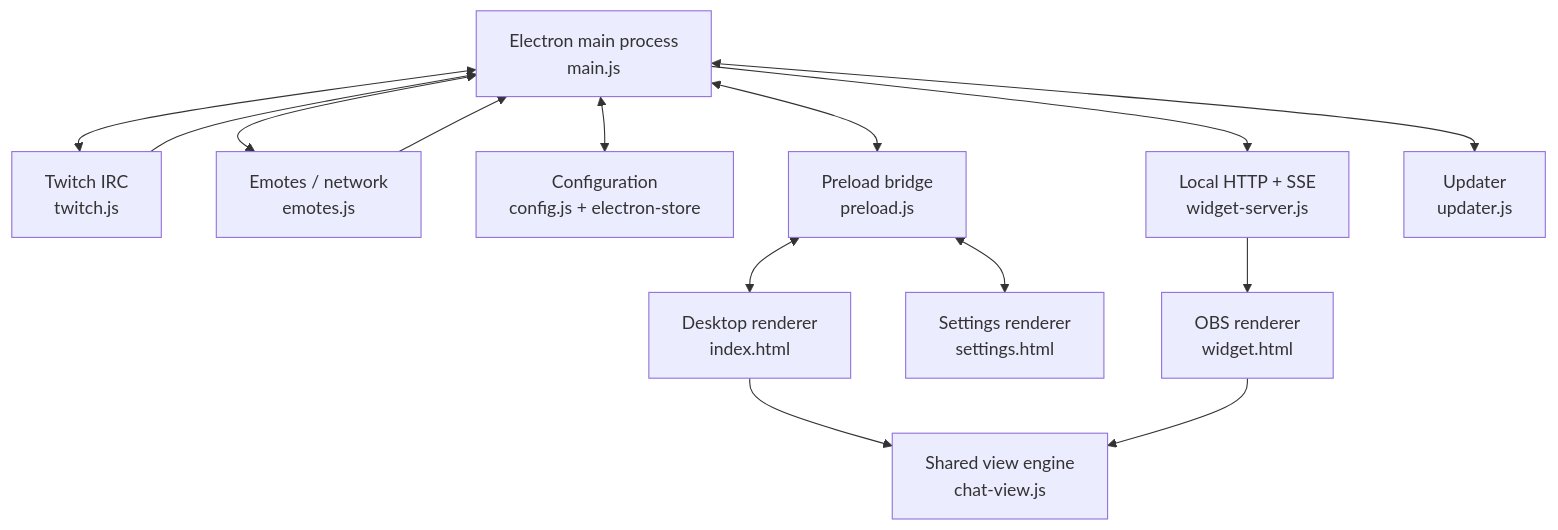
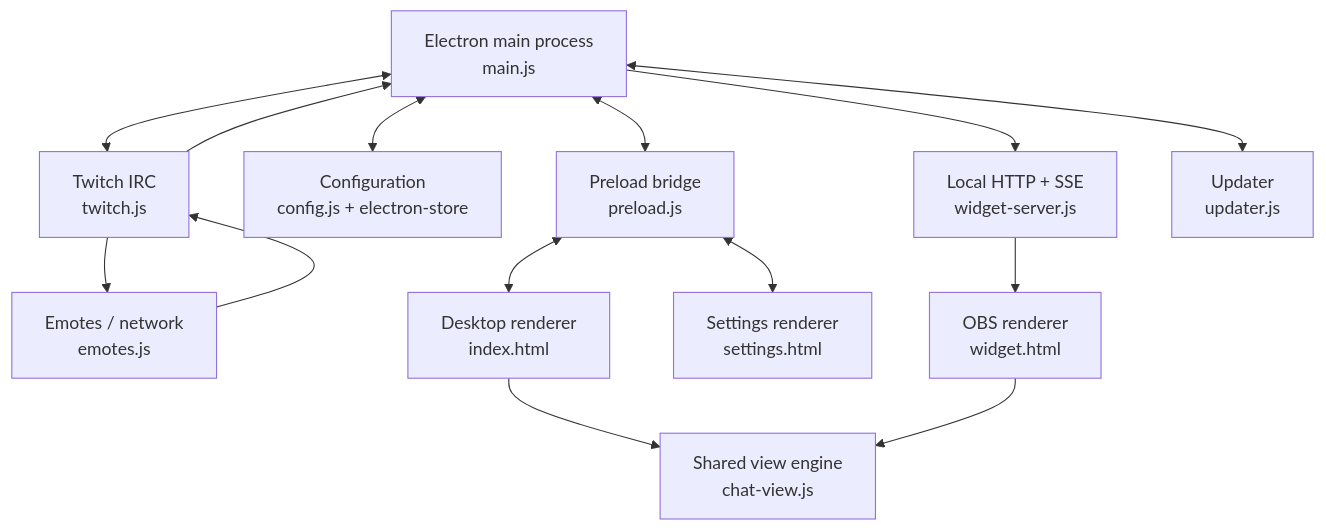
The first of 2 diagrams in ARCHITECTURE.md (BuXaLo/TwitchTransparentChat), drawn with Mermaid before and after one commit. The commit also changed other lines of this file, not shown here.

Commit message:
docs: correct architecture responsibilities

````diff
--- a/ARCHITECTURE.md
+++ b/ARCHITECTURE.md
@@ -50,28 +50,28 @@
 ```mermaid
 flowchart TB
     M["Electron main process<br/>main.js"]
     T["Twitch IRC<br/>twitch.js"]
     E["Emotes / network<br/>emotes.js"]
     C["Configuration<br/>config.js + electron-store"]
     P["Preload bridge<br/>preload.js"]
     O["Desktop renderer<br/>index.html"]
     S["Settings renderer<br/>settings.html"]
     V["Shared view engine<br/>chat-view.js"]
     W["Local HTTP + SSE<br/>widget-server.js"]
     H["OBS renderer<br/>widget.html"]
     U["Updater<br/>updater.js"]
 
     M <--> T
-    M <--> E
+    T --> E
     M <--> C
     M <--> U
     M <--> P
     P <--> O
     P <--> S
     O --> V
     W --> H
     H --> V
     M --> W
     T --> M
-    E --> M
+    E --> T
 ```
````
